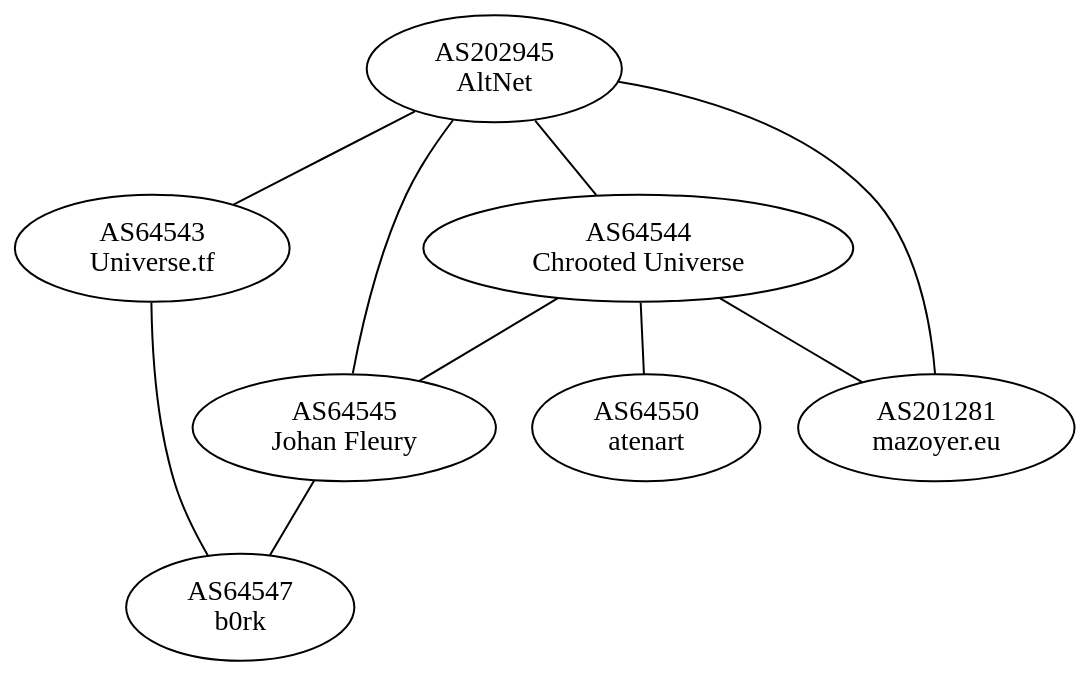
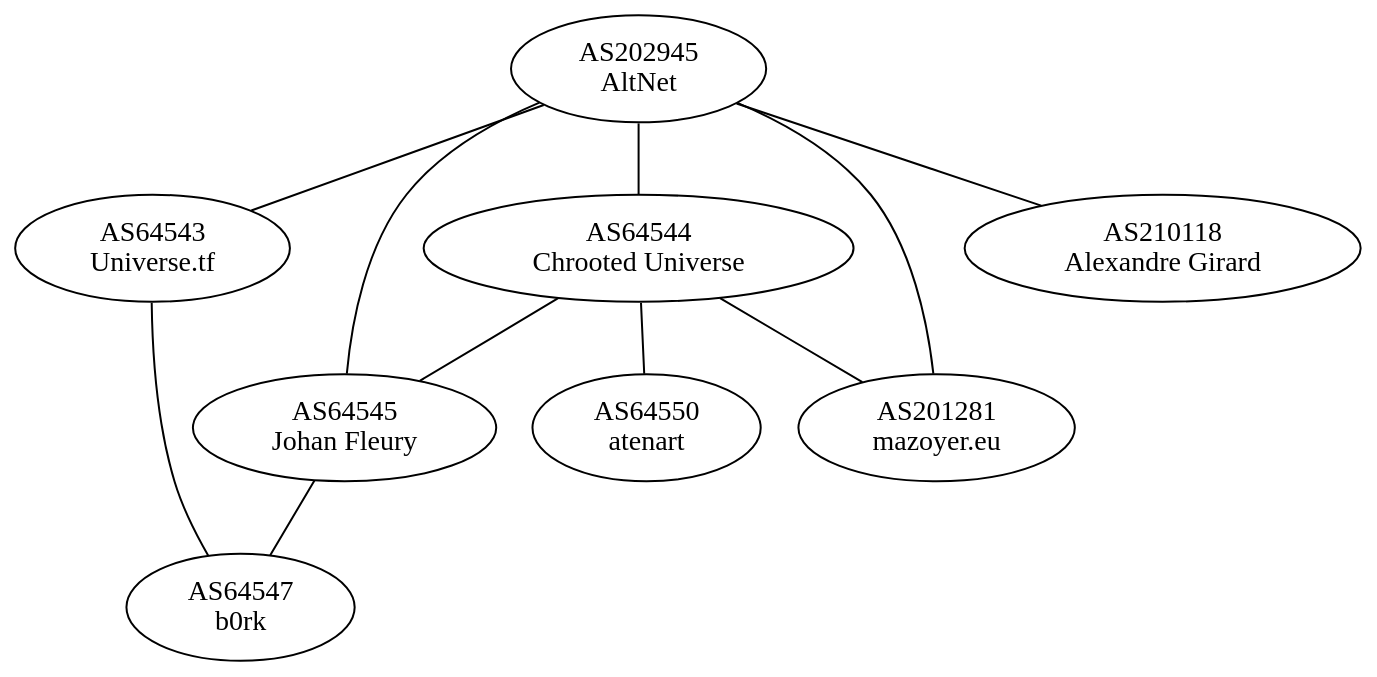
Before and after one commit to GLaNET/resources: the diagram in as-graph.dot, drawn with Graphviz.

Commit message:
Adding AS210118 - Alexandre Girard

```diff
--- a/as-graph.dot
+++ b/as-graph.dot
@@ -1,26 +1,28 @@
 graph GLaNET
 {
         edge [len=2];
         graph [bgcolor=transparent]
 
         AS64543 [label="AS64543\nUniverse.tf"];
         AS64544 [label="AS64544\nChrooted Universe"];
         AS64545 [label="AS64545\nJohan Fleury"];
         AS64547 [label="AS64547\nb0rk"];
         AS64550 [label="AS64550\natenart"];
         AS201281 [label="AS201281\nmazoyer.eu"];
         AS202945 [label="AS202945\nAltNet"];
+        AS210118 [label="AS210118\nAlexandre Girard"];
 
         AS202945 -- AS64543;
         AS202945 -- AS64544;
         AS202945 -- AS64545;
         AS202945 -- AS201281;
+        AS202945 -- AS210118;
 
         AS64543 -- AS64547;
 
         AS64544 -- AS64545;
         AS64544 -- AS64550;
         AS64544 -- AS201281;
 
         AS64545 -- AS64547;
 }
```
